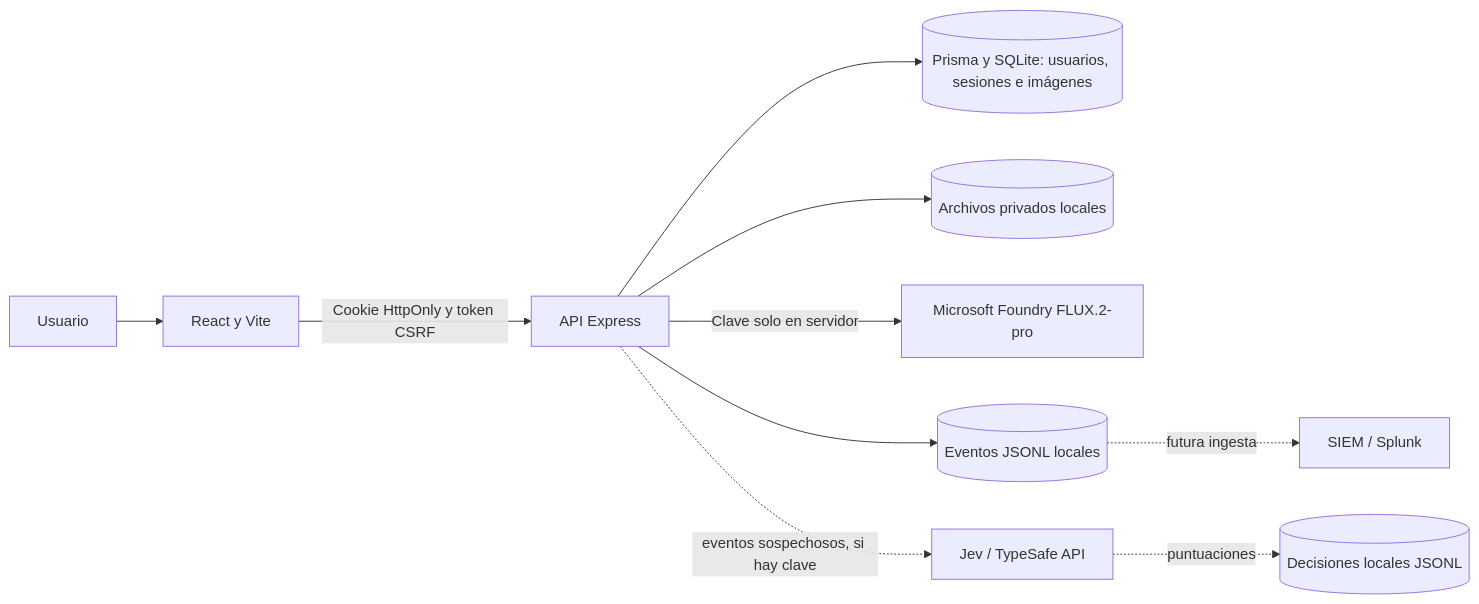
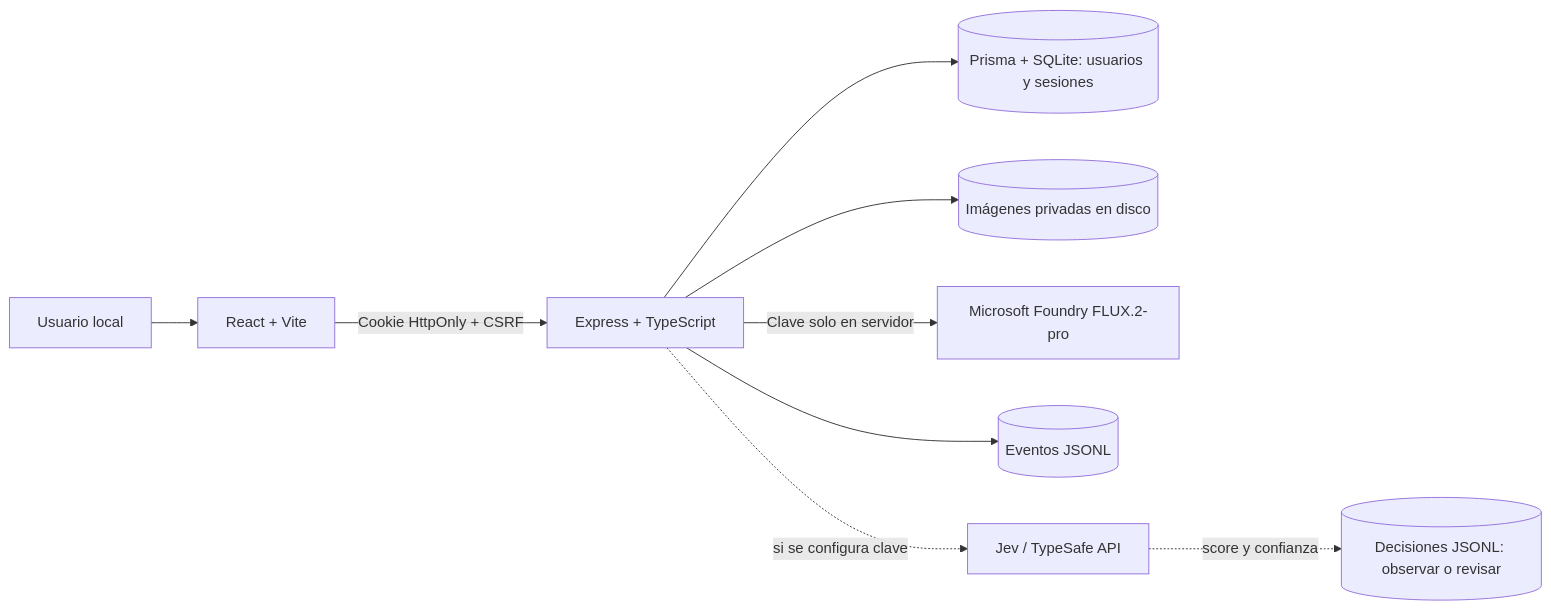
The diagram in docs/SECURITY_ARCHITECTURE.md (GuamanFrancis/adaptive-security-orchestrator), drawn with Mermaid before and after one commit. The commit also changed other lines of this file and 2 other files, not shown here.

Commit message:
docs(security): frame enterprise controls as local lab theory

````diff
--- a/docs/SECURITY_ARCHITECTURE.md
+++ b/docs/SECURITY_ARCHITECTURE.md
@@ -7,12 +9,11 @@
 ```mermaid
 flowchart LR
-  U[Usuario] --> F[React y Vite]
-  F -->|Cookie HttpOnly y token CSRF| A[API Express]
-  A --> DB[(Prisma y SQLite: usuarios, sesiones e imágenes)]
-  A --> FS[(Archivos privados locales)]
+  U[Usuario local] --> F[React + Vite]
+  F -->|Cookie HttpOnly + CSRF| A[Express + TypeScript]
+  A --> DB[(Prisma + SQLite: usuarios y sesiones)]
+  A --> IMG[(Imágenes privadas en disco)]
   A -->|Clave solo en servidor| M[Microsoft Foundry FLUX.2-pro]
-  A --> L[(Eventos JSONL locales)]
-  L -. futura ingesta .-> S[SIEM / Splunk]
-  A -. eventos sospechosos, si hay clave .-> J[Jev / TypeSafe API]
-  J -. puntuaciones .-> D[(Decisiones locales JSONL)]
+  A --> LOG[(Eventos JSONL)]
+  A -. si se configura clave .-> J[Jev / TypeSafe API]
+  J -. score y confianza .-> DEC[(Decisiones JSONL: observar o revisar)]
 ```
````
